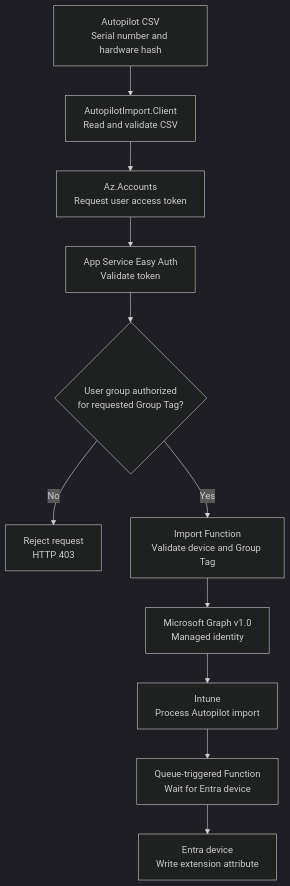
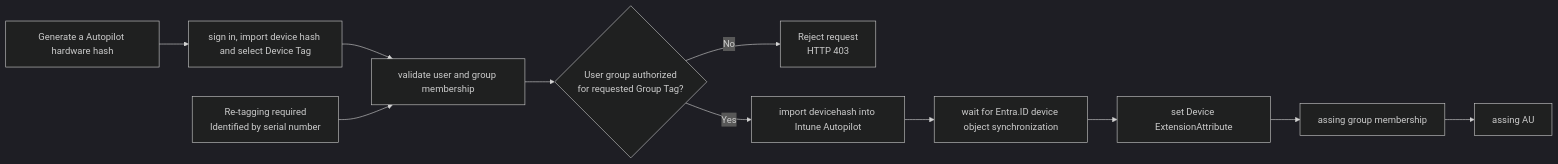
The diagram in README.md (Kili69/Intune-Autopilotimporter), drawn with Mermaid (dark theme) before and after one commit. The commit also changed other lines of this file and 34 other files, not shown here.

````diff
--- a/README.md
+++ b/README.md
@@ -47,18 +67,19 @@
 ```mermaid
-flowchart TB
-    CSV[Autopilot CSV<br/>Serial number and hardware hash]
-    Client[AutopilotImport.Client<br/>Read and validate CSV]
-    SignIn[Az.Accounts<br/>Request user access token]
-    EasyAuth[App Service Easy Auth<br/>Validate token]
+flowchart LR
+    CSV[Generate a Autopilot hardware hash]
+    Client[sign in, import device hash and select Device Tag]
+    ReTag[Re-tagging required<br/>Identified by serial number]
+    EasyAuth[validate user and group membership]
     Authorize{User group authorized<br/>for requested Group Tag?}
     Reject[Reject request<br/>HTTP 403]
-    Function[Import Function<br/>Validate device and Group Tag]
-    Graph[Microsoft Graph v1.0<br/>Managed identity]
-    Intune[Intune<br/>Process Autopilot import]
-    Queue[Queue-triggered Function<br/>Wait for Entra device]
-    Entra[Entra device<br/>Write extension attribute]
+    Function[import devicehash into Intune Autopilot]
+    Graph[wait for Entra.ID device object synchronization]
+    Intune[set Device ExtensionAttribute]
+    Queue[assing group membership]
+    Entra[assing AU]
 
-    CSV --> Client --> SignIn --> EasyAuth --> Authorize
+    CSV --> Client --> EasyAuth --> Authorize
+    ReTag --> EasyAuth
     Authorize -- No --> Reject
     Authorize -- Yes --> Function --> Graph --> Intune --> Queue --> Entra
 ```
````
